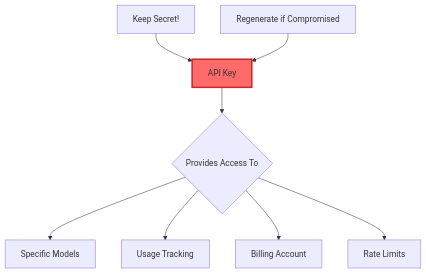
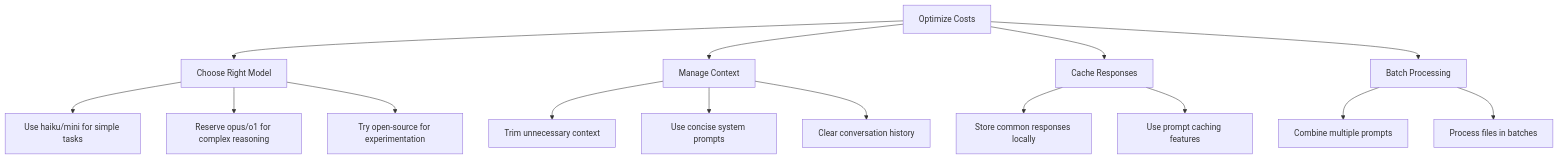
Before and after one commit to DreamLab-AI/dreamlab-ai-website: the fourth of 6 diagrams in public/data/workshops/workshop-02-morning-ai-api-access/01_concepts.md, drawn with Mermaid. The commit also changed other lines of this file and 73 other files, not shown here.

````diff
--- a/public/data/workshops/workshop-02-morning-ai-api-access/01_concepts.md
+++ b/public/data/workshops/workshop-02-morning-ai-api-access/01_concepts.md
@@ -166,13 +266,21 @@
 ```mermaid
 graph TD
-    A[API Key] --> B{Provides Access To}
-    B --> C[Specific Models]
-    B --> D[Usage Tracking]
-    B --> E[Billing Account]
-    B --> F[Rate Limits]
-    
-    G[Keep Secret!] --> A
-    H[Regenerate if Compromised] --> A
-    
-    style A fill:#ff6b6b,stroke:#c92a2a,stroke-width:3px
+    A[Optimize Costs] --> B[Choose Right Model]
+    A --> C[Manage Context]
+    A --> D[Cache Responses]
+    A --> E[Batch Processing]
+
+    B --> B1[Use haiku/mini for simple tasks]
+    B --> B2[Reserve opus/o1 for complex reasoning]
+    B --> B3[Try open-source for experimentation]
+
+    C --> C1[Trim unnecessary context]
+    C --> C2[Use concise system prompts]
+    C --> C3[Clear conversation history]
+
+    D --> D1[Store common responses locally]
+    D --> D2[Use prompt caching features]
+
+    E --> E1[Combine multiple prompts]
+    E --> E2[Process files in batches]
 ```
````
